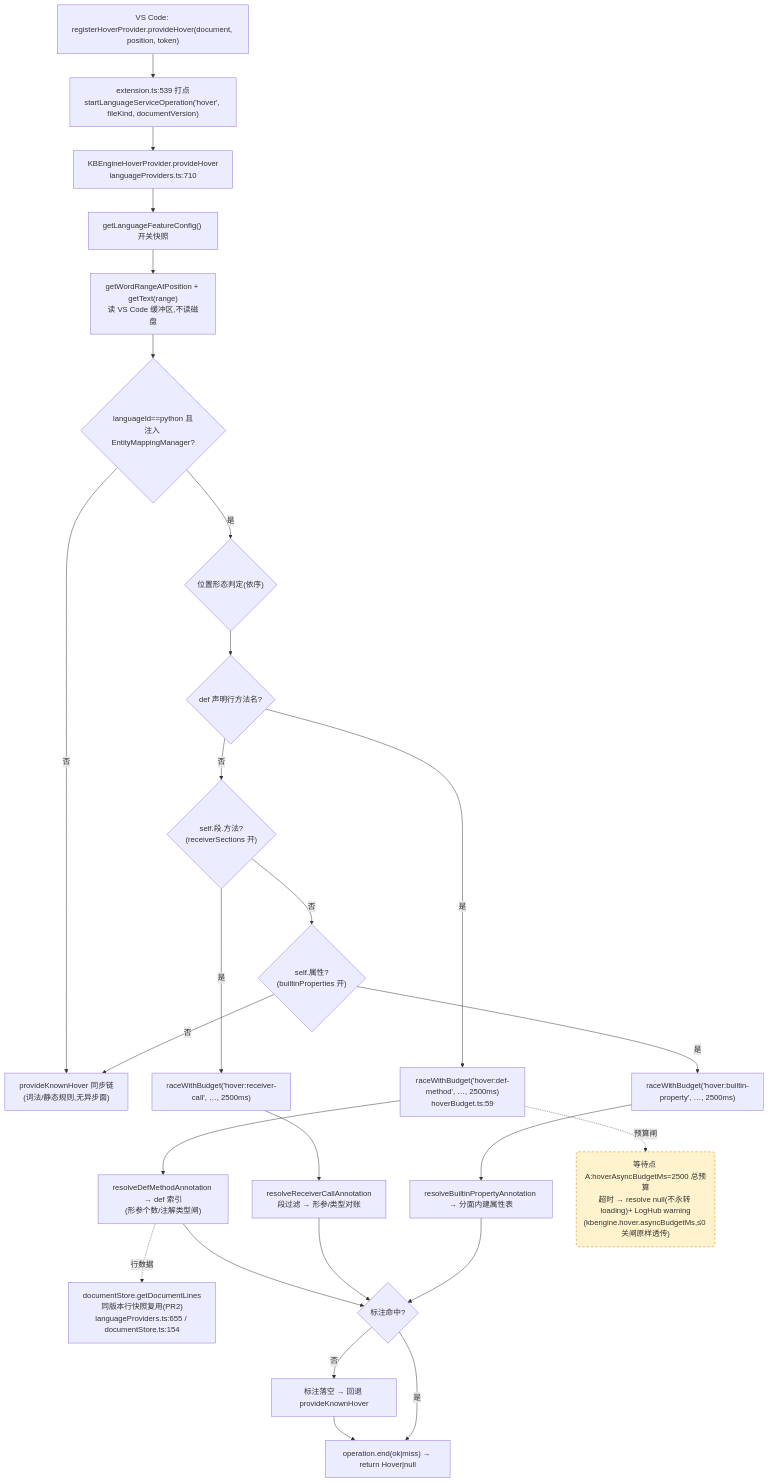
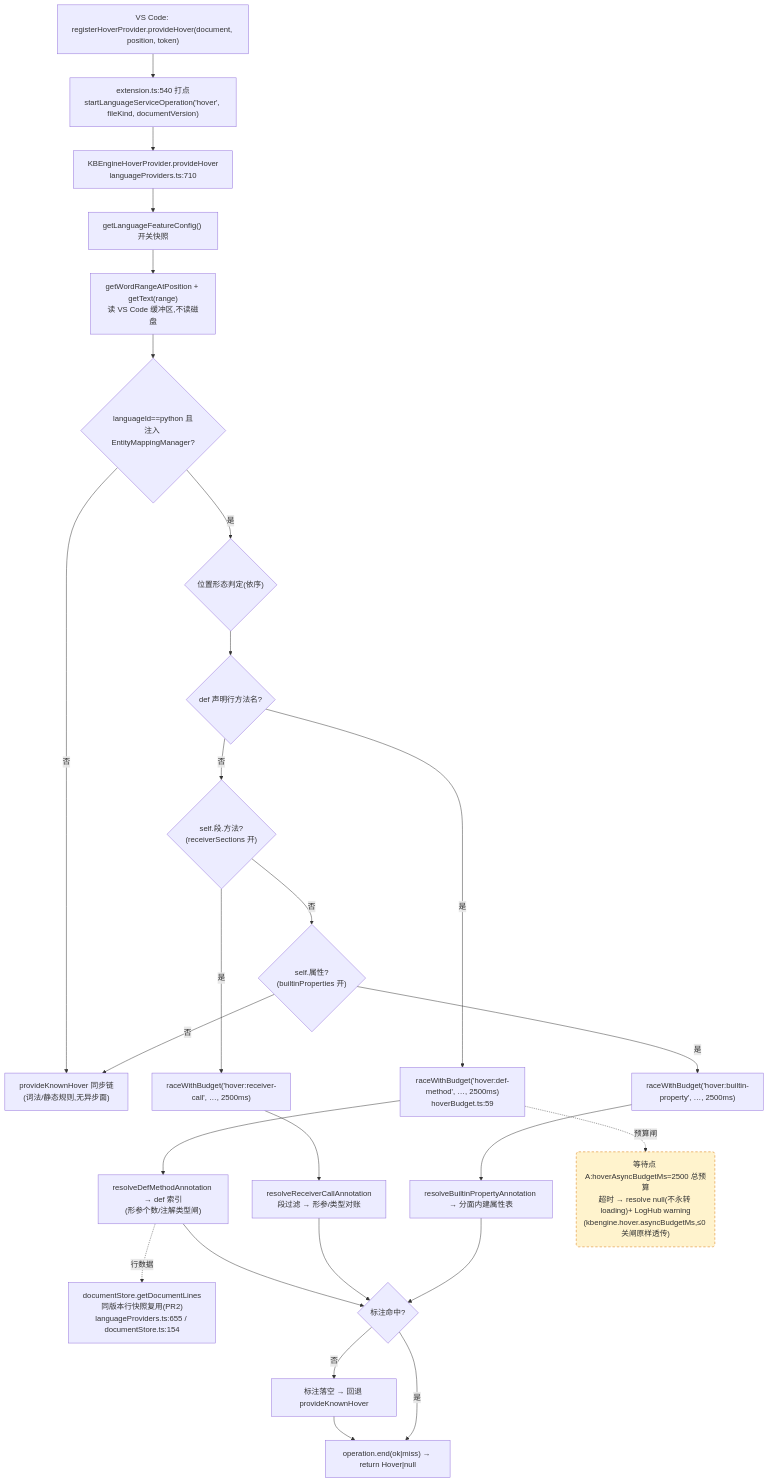
The first of 4 diagrams in docs/perf/2026-baseline.md (cuihairu/kode), drawn with Mermaid before and after one commit. The commit also changed other lines of this file and 5 other files, not shown here.

````diff
--- a/docs/perf/2026-baseline.md
+++ b/docs/perf/2026-baseline.md
@@ -82,45 +82,45 @@
 ```mermaid
 flowchart TD
   VC1["VS Code: registerHoverProvider.provideHover(document, position, token)"]
-  M1["extension.ts:539 打点<br/>startLanguageServiceOperation('hover', fileKind, documentVersion)"]
+  M1["extension.ts:540 打点<br/>startLanguageServiceOperation('hover', fileKind, documentVersion)"]
   HP["KBEngineHoverProvider.provideHover<br/>languageProviders.ts:710"]
   CFG["getLanguageFeatureConfig() 开关快照"]
   WORD["getWordRangeAtPosition + getText(range)<br/>读 VS Code 缓冲区,不读磁盘"]
   BR{"languageId==python 且<br/>注入 EntityMappingManager?"}
   KN["provideKnownHover 同步链<br/>(词法/静态规则,无异步面)"]
   POS{"位置形态判定(依序)"}
   D1{"def 声明行方法名?"}
   D2{"self.段.方法?<br/>(receiverSections 开)"}
   D3{"self.属性?<br/>(builtinProperties 开)"}
   RA1["raceWithBudget('hover:def-method', …, 2500ms)<br/>hoverBudget.ts:59"]
   RA2["raceWithBudget('hover:receiver-call', …, 2500ms)"]
   RA3["raceWithBudget('hover:builtin-property', …, 2500ms)"]
   RS1["resolveDefMethodAnnotation → def 索引<br/>(形参个数/注解类型闸)"]
   RS2["resolveReceiverCallAnnotation<br/>段过滤 → 形参/类型对账"]
   RS3["resolveBuiltinPropertyAnnotation → 分面内建属性表"]
   LINES["documentStore.getDocumentLines<br/>同版本行快照复用(PR2)<br/>languageProviders.ts:655 / documentStore.ts:154"]
   MISS["标注落空 → 回退 provideKnownHover"]
   END1["operation.end(ok|miss) → return Hover|null"]
 
   VC1 --> M1 --> HP --> CFG --> WORD --> BR
   BR -- "否" --> KN
   BR -- "是" --> POS --> D1
   D1 -- "是" --> RA1 --> RS1
   D1 -- "否" --> D2
   D2 -- "是" --> RA2 --> RS2
   D2 -- "否" --> D3
   D3 -- "是" --> RA3 --> RS3
   D3 -- "否" --> KN
   RS1 --> HIT{"标注命中?"}
   RS2 --> HIT
   RS3 --> HIT
   RS1 -.->|行数据| LINES
   HIT -- "否" --> MISS --> END1
   HIT -- "是" --> END1
 
   WAITA("等待点 A:hoverAsyncBudgetMs=2500 总预算<br/>超时 → resolve null(不永转 loading)+ LogHub warning<br/>(kbengine.hover.asyncBudgetMs,≤0 关闸原样透传)")
   RA1 -.->|预算闸| WAITA
 
   classDef waitPoint fill:#fff3cd,stroke:#d97706,stroke-dasharray:5 4;
   class WAITA waitPoint;
 ```
````
